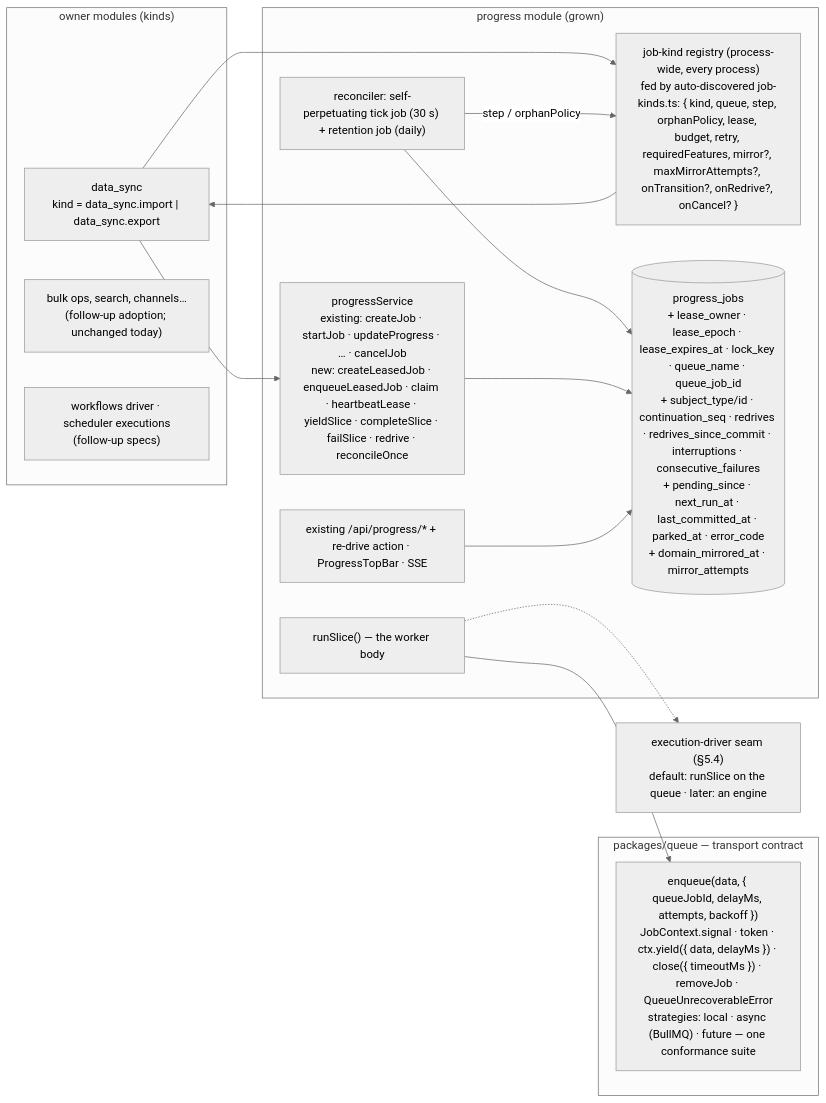
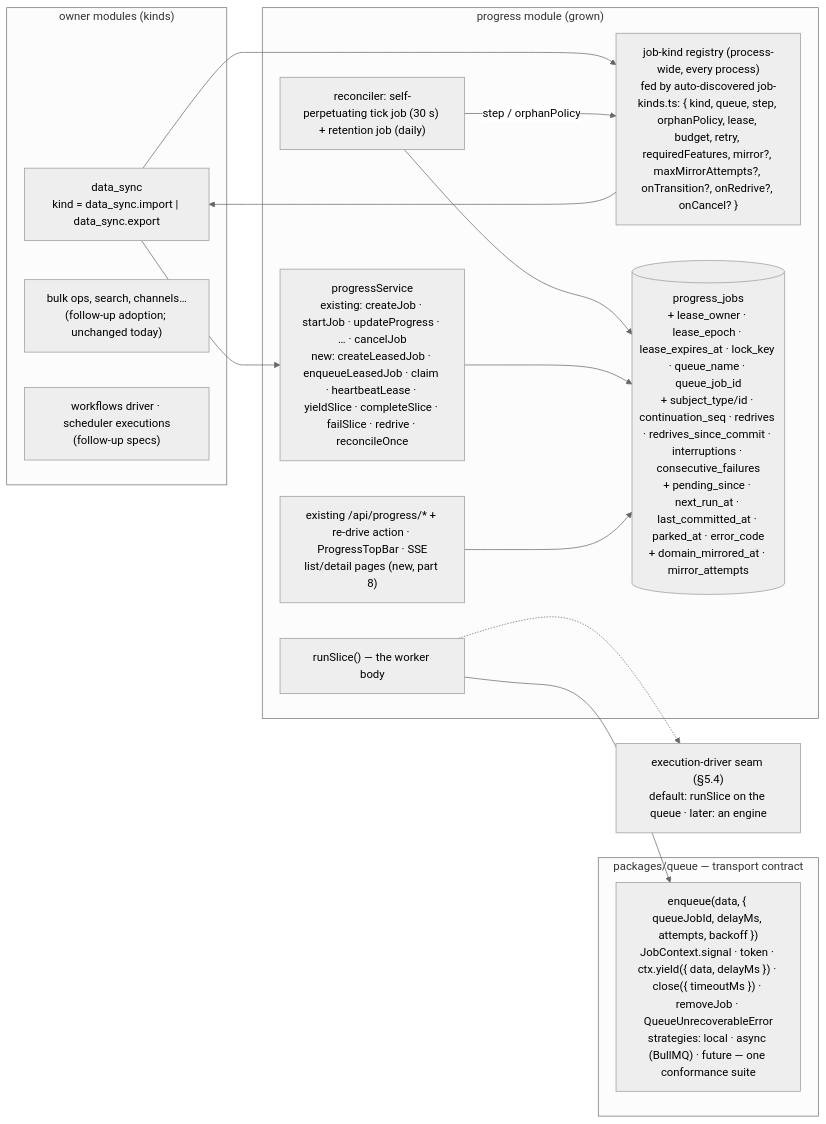
Before and after one commit to open-mercato/open-mercato: the diagram in .ai/specs/2026-08-21-background-work-04-solution.md, drawn with Mermaid (neutral theme). The commit also changed other lines of this file and 5 other files, not shown here.

Commit message:
docs(specs): round 3 — clock-free claim, slice verdicts, enforced single terminal path, cancel precedence, data_sync cancel/retry routes, progress pages scoped

````diff
--- a/.ai/specs/2026-08-21-background-work-04-solution.md
+++ b/.ai/specs/2026-08-21-background-work-04-solution.md
@@ -108,27 +108,27 @@
 ```mermaid
 flowchart LR
   subgraph Owners["owner modules (kinds)"]
     DS["data_sync<br/>kind = data_sync.import | data_sync.export"]
     BULK["bulk ops, search, channels…<br/>(follow-up adoption; unchanged today)"]
     WF["workflows driver · scheduler executions<br/>(follow-up specs)"]
   end
   subgraph P["progress module (grown)"]
     SVC["progressService<br/>existing: createJob · startJob · updateProgress · … · cancelJob<br/>new: createLeasedJob · enqueueLeasedJob · claim · heartbeatLease · yieldSlice · completeSlice · failSlice · redrive · reconcileOnce"]
     REG["job-kind registry (process-wide, every process)<br/>fed by auto-discovered job-kinds.ts: { kind, queue, step, orphanPolicy, lease, budget, retry, requiredFeatures, mirror?, maxMirrorAttempts?, onTransition?, onRedrive?, onCancel? }"]
     SLICE["runSlice() — the worker body"]
     REC["reconciler: self-perpetuating tick job (30 s) + retention job (daily)"]
     T[("progress_jobs<br/>+ lease_owner · lease_epoch · lease_expires_at · lock_key · queue_name · queue_job_id<br/>+ subject_type/id · continuation_seq · redrives · redrives_since_commit · interruptions · consecutive_failures<br/>+ pending_since · next_run_at · last_committed_at · parked_at · error_code<br/>+ domain_mirrored_at · mirror_attempts")]
-    API["existing /api/progress/* + re-drive action · ProgressTopBar · SSE"]
+    API["existing /api/progress/* + re-drive action · ProgressTopBar · SSE<br/>list/detail pages (new, part 8)"]
   end
   subgraph Q["packages/queue — transport contract"]
     QQ["enqueue(data, { queueJobId, delayMs, attempts, backoff })<br/>JobContext.signal · token · ctx.yield({ data, delayMs }) · close({ timeoutMs }) · removeJob · QueueUnrecoverableError<br/>strategies: local · async (BullMQ) · future — one conformance suite"]
   end
   DRV["execution-driver seam (§5.4)<br/>default: runSlice on the queue · later: an engine"]
   DS --> SVC & REG
   SLICE --> QQ
   REC --> T
   REC -->|step / orphanPolicy| REG --> DS
   SVC --> T
   API --> T
   SLICE -.-> DRV
 ```
````
